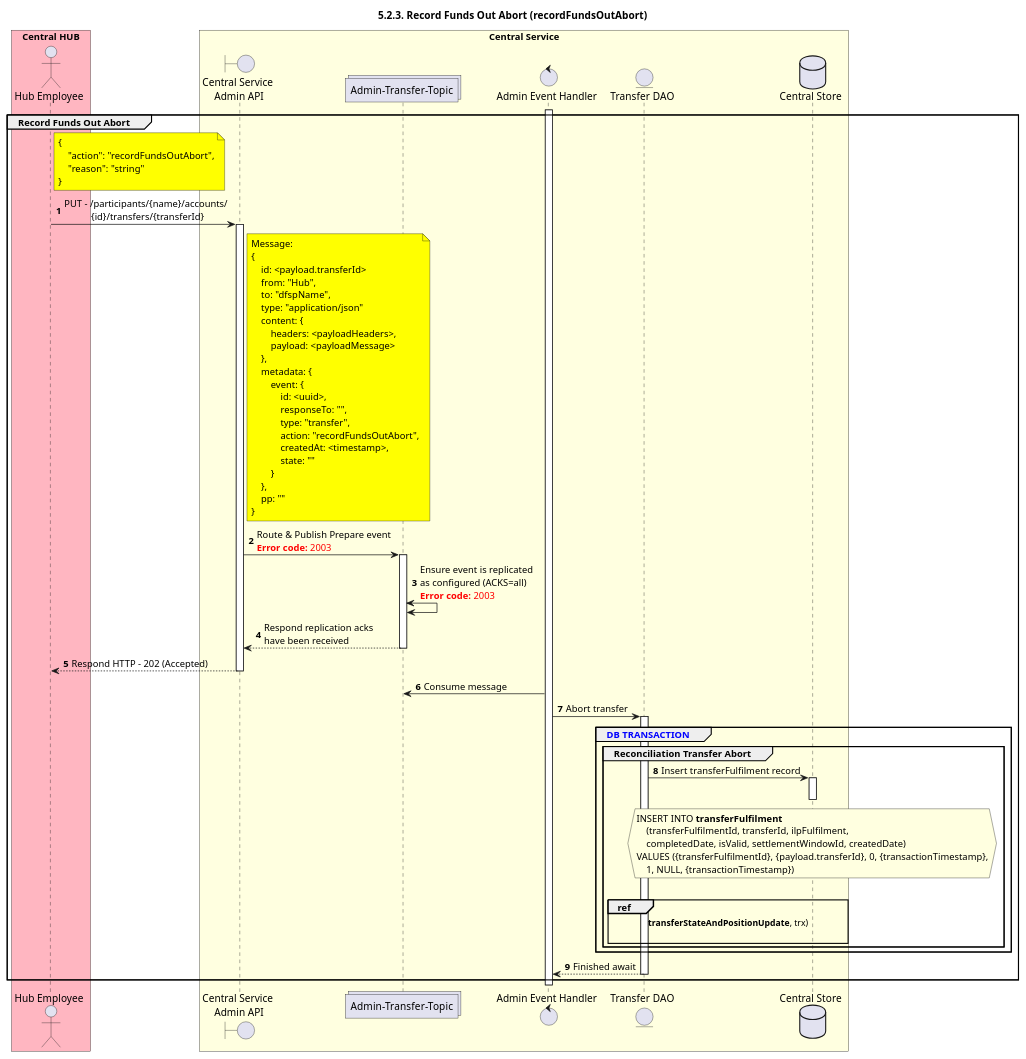
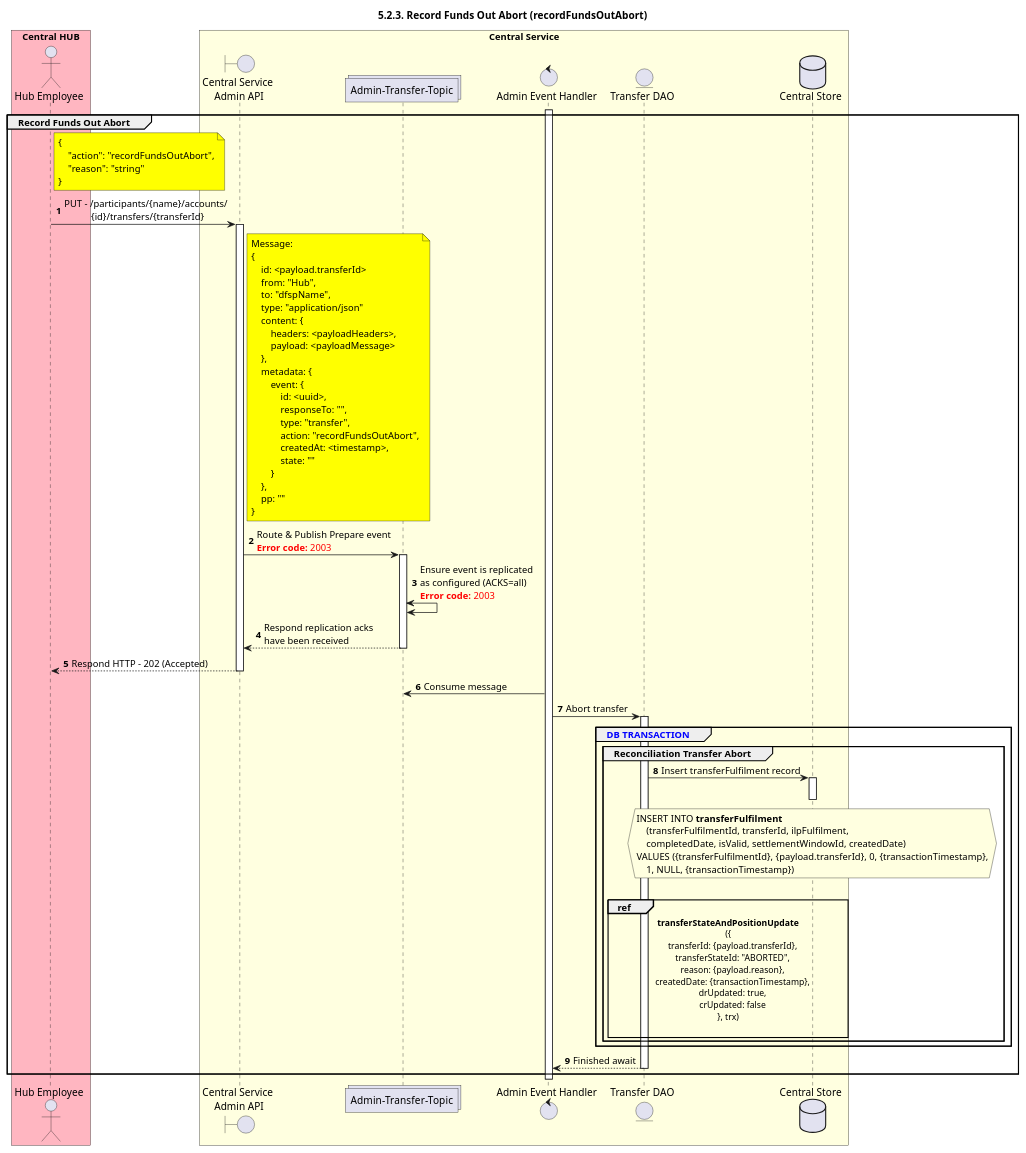
One commit to mojaloop/documentation changed the diagram in mojaloop-technical-overview/central-settlements/funds-in-out/assets/diagrams/sequence/seq-recfunds-5.2.3-out-abort.plantuml. Above: the diagram before and after it, drawn with PlantUML. The commit also changed 3 other files, not shown here.

```diff
--- a/mojaloop-technical-overview/central-settlements/funds-in-out/assets/diagrams/sequence/seq-recfunds-5.2.3-out-abort.plantuml
+++ b/mojaloop-technical-overview/central-settlements/funds-in-out/assets/diagrams/sequence/seq-recfunds-5.2.3-out-abort.plantuml
@@ -25,101 +25,101 @@
 @startuml
 ' declate title
 title 5.2.3. Record Funds Out Abort (recordFundsOutAbort)
 
 autonumber
 
 ' Actor Keys:
 '   boundary - APIs/Interfaces, etc
 '   collections - Kafka Topics
 '   control - Kafka Consumers
 '   entity - Database Access Objects
 '   database - Database Persistance Store
 
 ' declare actors
 actor "Hub Employee" as OPERATOR
 boundary "Central Service\n Admin API" as CS_ADMIN_API
 collections "Admin-Transfer-Topic" as TOPIC_ADMIN_TRANSFER
 control "Admin Event Handler" as ADMIN_HANDLER
 entity "Transfer DAO" as TRANSFER_DAO
 database "Central Store" as DB
 
 box "Central HUB" #lightpink
     participant OPERATOR
 end box
 
 box "Central Service" #LightYellow
     participant CS_ADMIN_API
 	participant TOPIC_ADMIN_TRANSFER
     participant ADMIN_HANDLER
     participant TRANSFER_DAO
     participant DB
 end box
 
 ' start flow
 activate ADMIN_HANDLER
 group Record Funds Out Abort
     note right of OPERATOR #yellow
         {
             "action": "recordFundsOutAbort",
             "reason": "string"
         }
     end note
     OPERATOR -> CS_ADMIN_API: PUT - /participants/{name}/accounts/\n           {id}/transfers/{transferId}
     activate CS_ADMIN_API
 
     note right of CS_ADMIN_API #yellow
         Message:
         {
             id: <payload.transferId>
             from: "Hub",
             to: "dfspName",
             type: "application/json"
             content: {
                 headers: <payloadHeaders>,
                 payload: <payloadMessage>
             },
             metadata: {
                 event: {
                     id: <uuid>,
                     responseTo: "",
                     type: "transfer",
                     action: "recordFundsOutAbort",
                     createdAt: <timestamp>,
                     state: ""
                 }
             },
             pp: ""
         }
     end note
     CS_ADMIN_API -> TOPIC_ADMIN_TRANSFER: Route & Publish Prepare event\n<color #FF0000><b>Error code:</b> 2003</color>
     activate TOPIC_ADMIN_TRANSFER
     TOPIC_ADMIN_TRANSFER <-> TOPIC_ADMIN_TRANSFER: Ensure event is replicated\nas configured (ACKS=all)\n<color #FF0000><b>Error code:</b> 2003</color>
     TOPIC_ADMIN_TRANSFER --> CS_ADMIN_API: Respond replication acks\nhave been received
     deactivate TOPIC_ADMIN_TRANSFER
     CS_ADMIN_API ---> OPERATOR: Respond HTTP - 202 (Accepted)
     deactivate CS_ADMIN_API
 
     TOPIC_ADMIN_TRANSFER <- ADMIN_HANDLER: Consume message
     ADMIN_HANDLER -> TRANSFER_DAO: Abort transfer
     activate TRANSFER_DAO
     group <color #blue>DB TRANSACTION</color>
         group Reconciliation Transfer Abort
             TRANSFER_DAO -> DB: Insert transferFulfilment record
             activate DB
             deactivate DB
             hnote over DB #lightyellow
                 INSERT INTO **transferFulfilment**
                     (transferFulfilmentId, transferId, ilpFulfilment,
                     completedDate, isValid, settlementWindowId, createdDate)
                 VALUES ({transferFulfilmentId}, {payload.transferId}, 0, {transactionTimestamp},
                     1, NULL, {transactionTimestamp})
             end hnote
             |||
-            ref over TRANSFER_DAO, DB:**transferStateAndPositionUpdate**, trx)\n
+            ref over TRANSFER_DAO, DB: **transferStateAndPositionUpdate**\n({\n    transferId: {payload.transferId},\n    transferStateId: "ABORTED",\n    reason: {payload.reason},\n    createdDate: {transactionTimestamp},\n    drUpdated: true,\n    crUpdated: false\n}, trx)\n
         end
     end
     ADMIN_HANDLER <-- TRANSFER_DAO: Finished await
     deactivate TRANSFER_DAO
 end
 deactivate ADMIN_HANDLER
 @enduml
```
